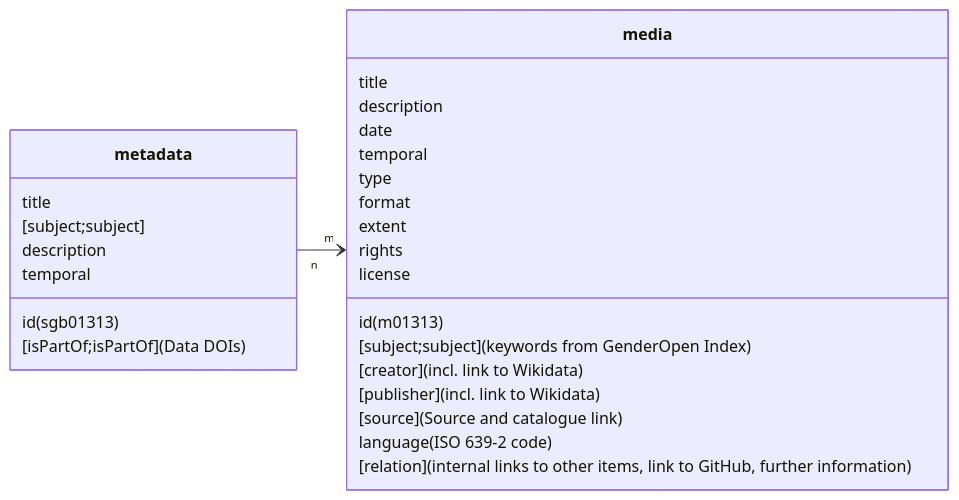
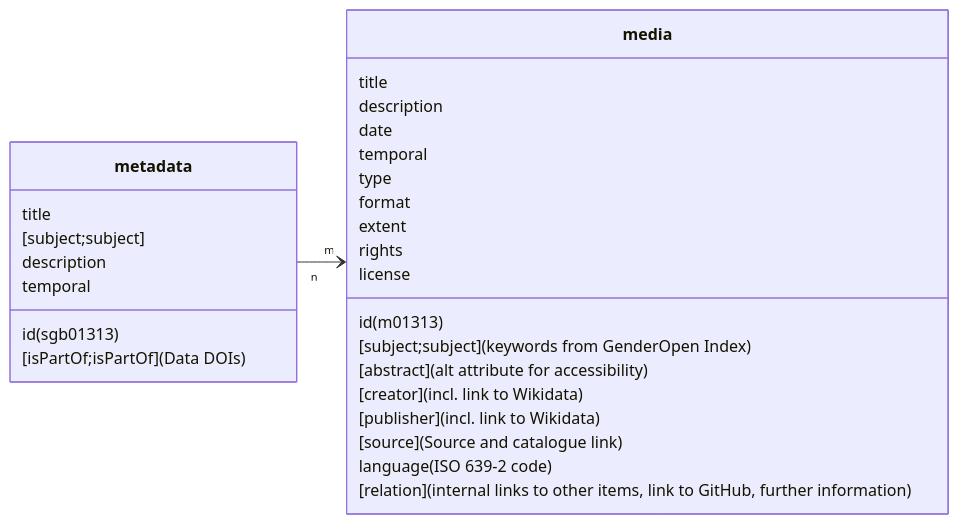
One commit to Stadt-Geschichte-Basel/stadt-geschichte-basel.github.io changed the diagram in products/coding/plattform/index.qmd. Above: the diagram before and after it, drawn with Mermaid. The commit also changed other lines of this file, not shown here.

Commit message:
Add documentation for dcterms:abstract field in MEDIA metadata schema

````diff
--- a/products/coding/plattform/index.qmd
+++ b/products/coding/plattform/index.qmd
@@ -43,31 +45,32 @@
 ```{mermaid}
 classDiagram
 direction LR
     class metadata {
         id (sgb01313)
         title
         [subject;subject]
         description
         temporal
         [isPartOf;isPartOf] (Data DOIs)
     }
     class media {
         id (m01313)
         title
         [subject;subject] (keywords from GenderOpen Index)
         description
+        [abstract] (alt attribute for accessibility)
         [creator] (incl. link to Wikidata)
         [publisher] (incl. link to Wikidata)
         date
         temporal
         type
         format
         extent
         [source] (Source and catalogue link)
         language (ISO 639-2 code)
         [relation] (internal links to other items, link to GitHub, further information)
         rights
         license
     }
     metadata "n" --> "m" media
 ```
````
